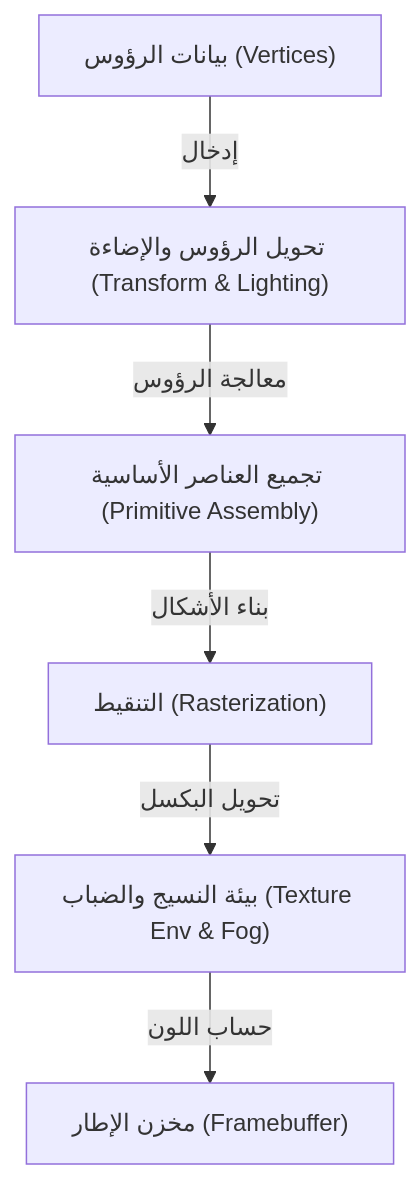
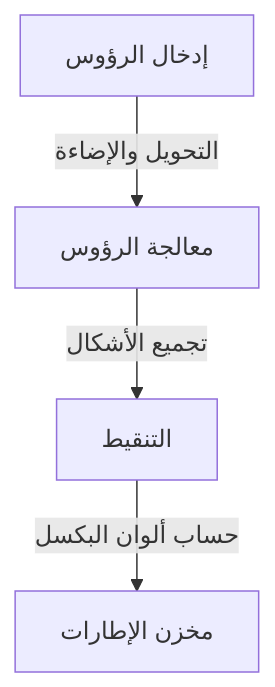
One commit to kenjinote/blog changed the first of 2 diagrams in content/post/opengl-basics-and-history/index.ar.md. Above: the diagram before and after it, drawn with Mermaid. The commit also changed other lines of this file and 129 other files, not shown here.

````diff
--- a/content/post/opengl-basics-and-history/index.ar.md
+++ b/content/post/opengl-basics-and-history/index.ar.md
@@ -41,15 +35,6 @@
 ```mermaid
 graph TD
-    A["بيانات الرؤوس (Vertices)"]
-    B["تحويل الرؤوس والإضاءة (Transform & Lighting)"]
-    C["تجميع العناصر الأساسية (Primitive Assembly)"]
-    D["التنقيط (Rasterization)"]
-    E["بيئة النسيج والضباب (Texture Env & Fog)"]
-    F["مخزن الإطار (Framebuffer)"]
-
-    A -- "إدخال" --> B
-    B -- "معالجة الرؤوس" --> C
-    C -- "بناء الأشكال" --> D
-    D -- "تحويل البكسل" --> E
-    E -- "حساب اللون" --> F
+    A["إدخال الرؤوس"] -- "التحويل والإضاءة" --> B["معالجة الرؤوس"]
+    B -- "تجميع الأشكال" --> C["التنقيط"]
+    C -- "حساب ألوان البكسل" --> D["مخزن الإطارات"]
 ```
````
